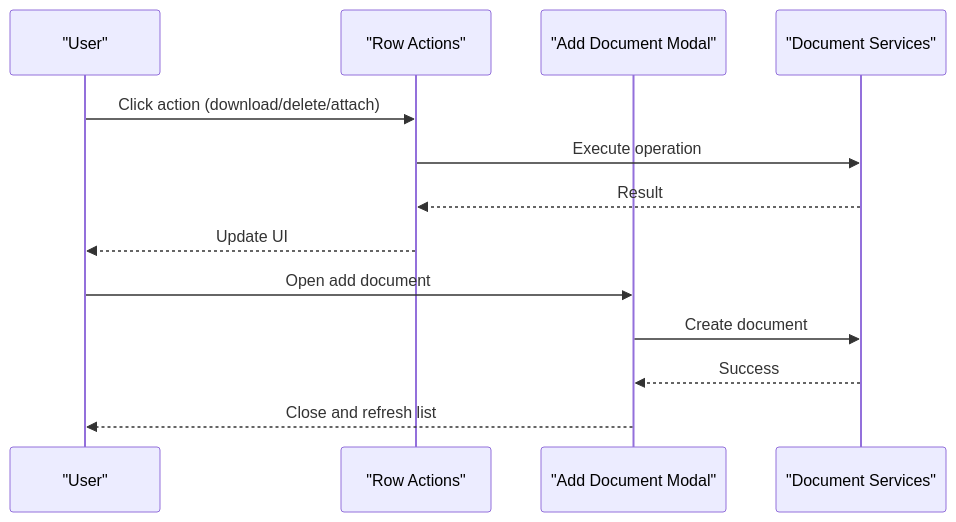
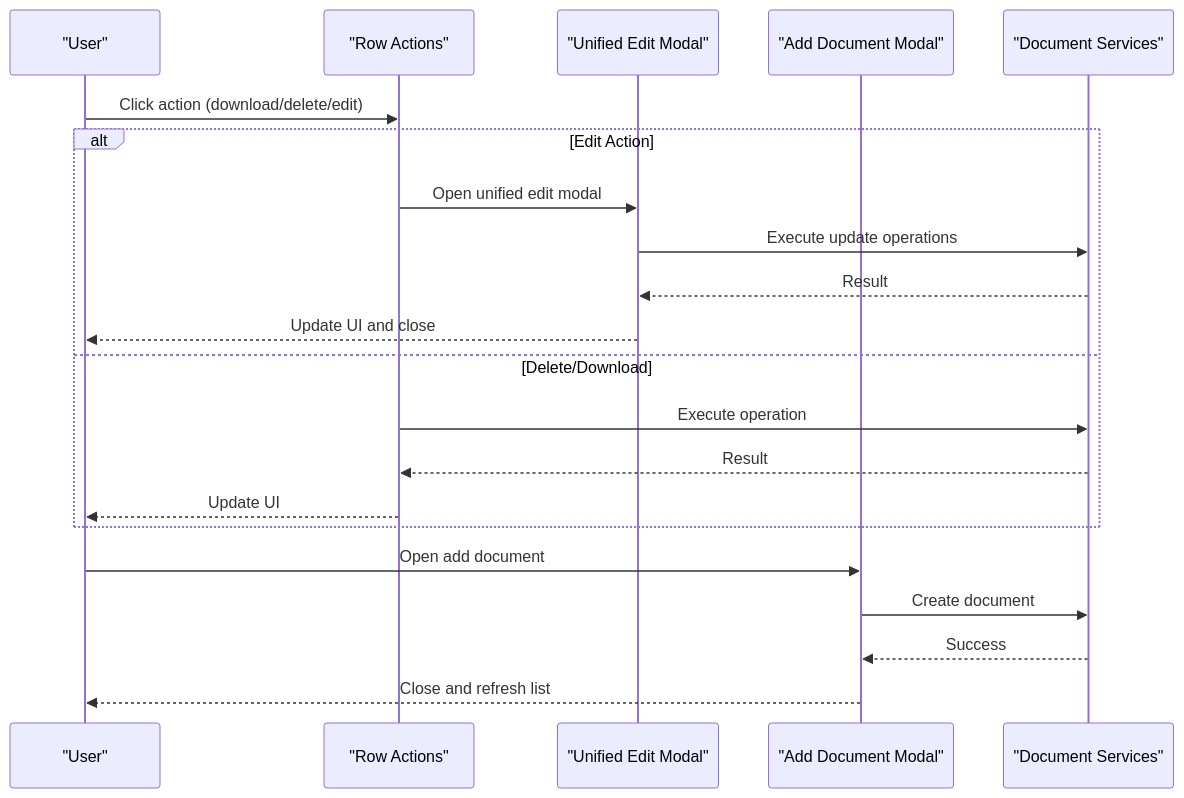
Before and after one commit to ngothanhtung/claude-code-shadcn-dashboard: the sixth of 7 diagrams in .qoder/repowiki/en/content/Data Management Modules/Document Management.md, drawn with Mermaid. The commit also changed other lines of this file and 165 other files, not shown here.

````diff
--- a/.qoder/repowiki/en/content/Data Management Modules/Document Management.md
+++ b/.qoder/repowiki/en/content/Data Management Modules/Document Management.md
@@ -304,15 +288,23 @@
 ```mermaid
 sequenceDiagram
 participant User as "User"
 participant RowActions as "Row Actions"
-participant Modal as "Add Document Modal"
+participant EditModal as "Unified Edit Modal"
+participant AddModal as "Add Document Modal"
 participant DocSvc as "Document Services"
-User->>RowActions : Click action (download/delete/attach)
+User->>RowActions : Click action (download/delete/edit)
+alt Edit Action
+RowActions->>EditModal : Open unified edit modal
+EditModal->>DocSvc : Execute update operations
+DocSvc-->>EditModal : Result
+EditModal-->>User : Update UI and close
+else Delete/Download
 RowActions->>DocSvc : Execute operation
 DocSvc-->>RowActions : Result
 RowActions-->>User : Update UI
-User->>Modal : Open add document
-Modal->>DocSvc : Create document
-DocSvc-->>Modal : Success
-Modal-->>User : Close and refresh list
+end
+User->>AddModal : Open add document
+AddModal->>DocSvc : Create document
+DocSvc-->>AddModal : Success
+AddModal-->>User : Close and refresh list
 ```
````
